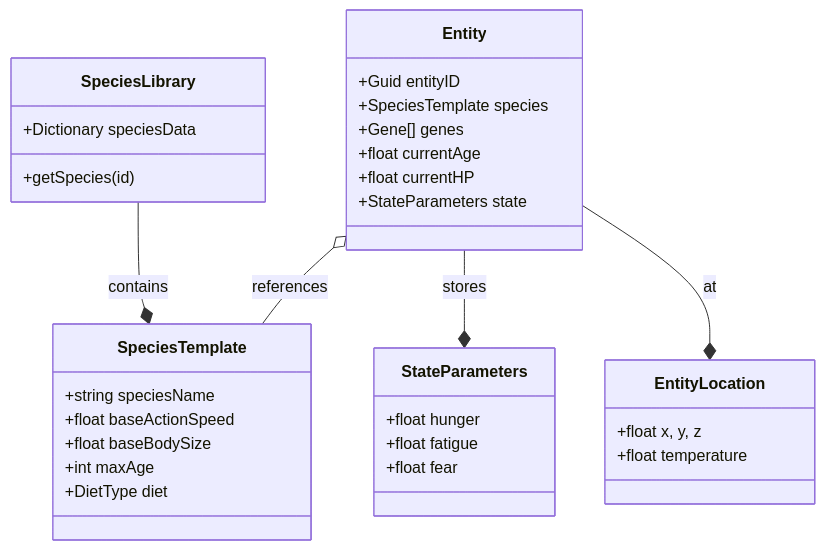
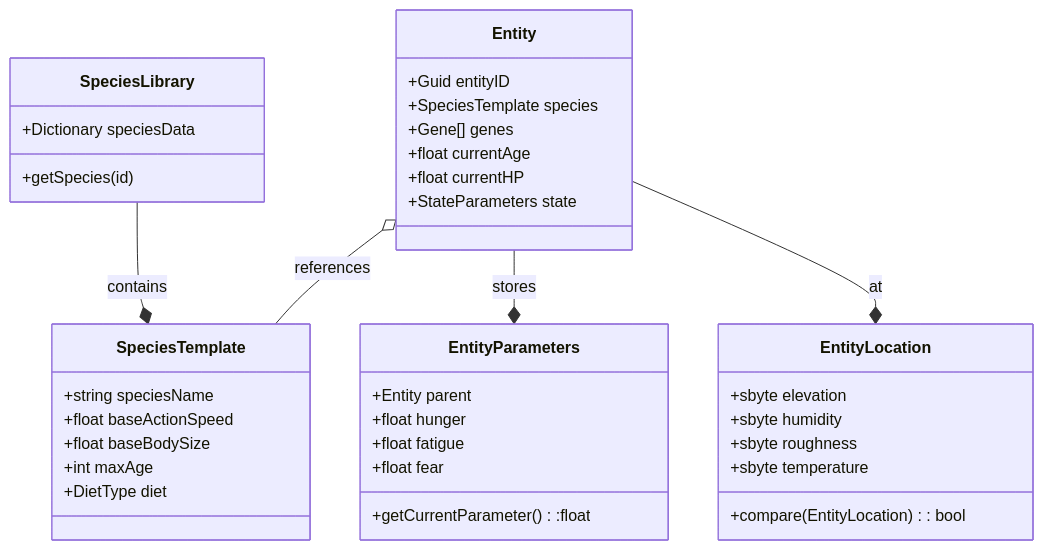
One commit to Mephris/Wilder changed the fourth of 5 diagrams in TDD/TDD_Animals.md. Above: the diagram before and after it, drawn with Mermaid. The commit also changed other lines of this file, not shown here.

Commit message:
vault backup: 2026-05-06 22:53:09

````diff
--- a/TDD/TDD_Animals.md
+++ b/TDD/TDD_Animals.md
@@ -195,40 +197,48 @@
 ```mermaid
 classDiagram
     class SpeciesLibrary {
         +Dictionary speciesData
         +getSpecies(id)
     }
 
     class SpeciesTemplate {
         +string speciesName
         +float baseActionSpeed
         +float baseBodySize
         +int maxAge
         +DietType diet
     }
 
     class Entity {
         +Guid entityID
         +SpeciesTemplate species
         +Gene[] genes
         +float currentAge
         +float currentHP
         +StateParameters state
     }
 
-    class StateParameters {
-        +float hunger
-        +float fatigue
-        +float fear
+
+class EntityParameters {
+    +Entity parent
+    +float hunger
+    +float fatigue
+    +float fear
+      
+    +getCurrentParameter():float
     }
 
-    class EntityLocation {
-        +float x, y, z
-        +float temperature
-    }
+class EntityLocation {
+	+sbyte elevation
+	+sbyte humidity
+	+sbyte roughness
+	+sbyte temperature
+	
+	+compare(EntityLocation) : bool
+}
 
     SpeciesLibrary --* SpeciesTemplate : contains
     Entity o-- SpeciesTemplate : references
-    Entity --* StateParameters : stores
+    Entity --* EntityParameters : stores
     Entity --* EntityLocation : at
 ```
````
